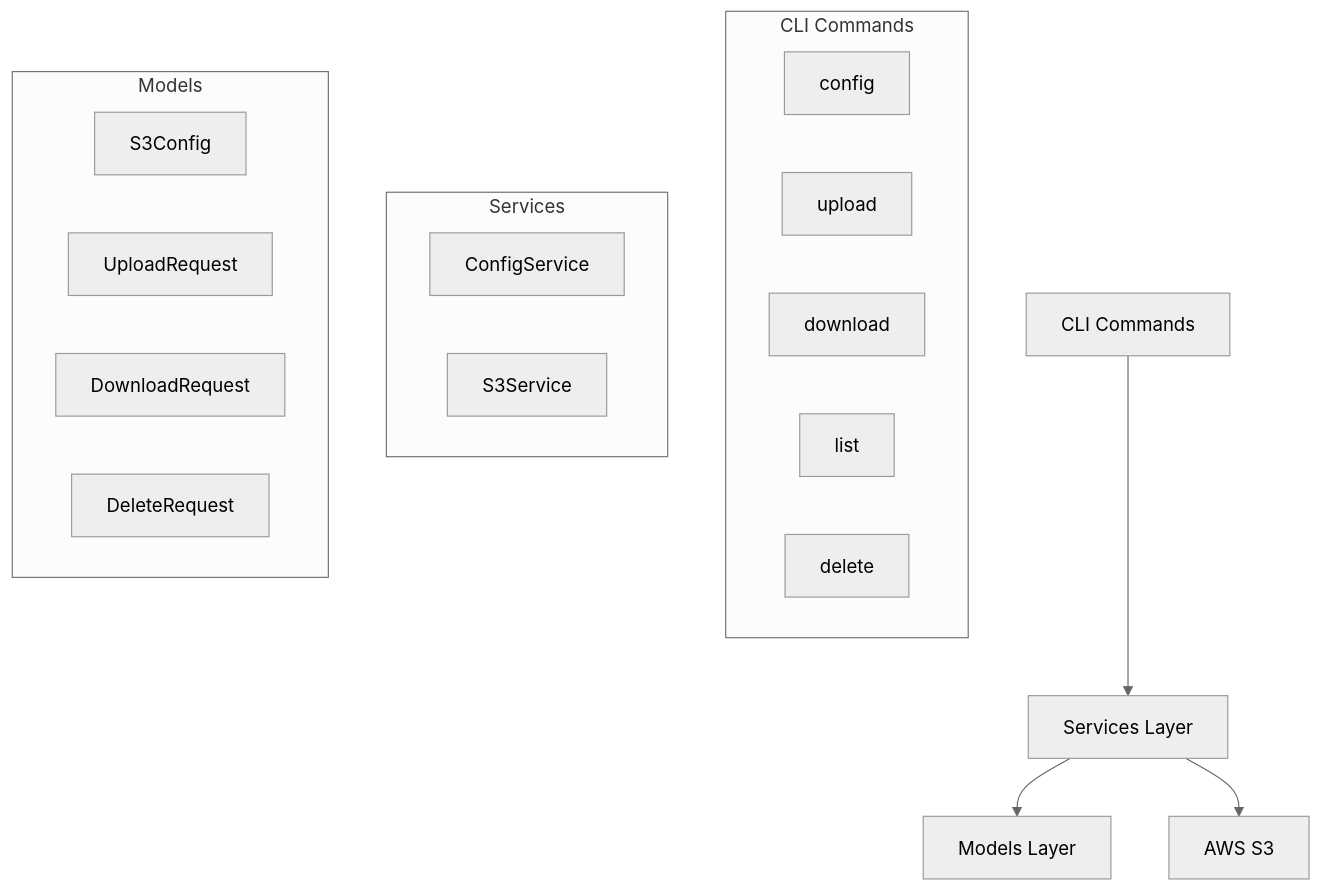
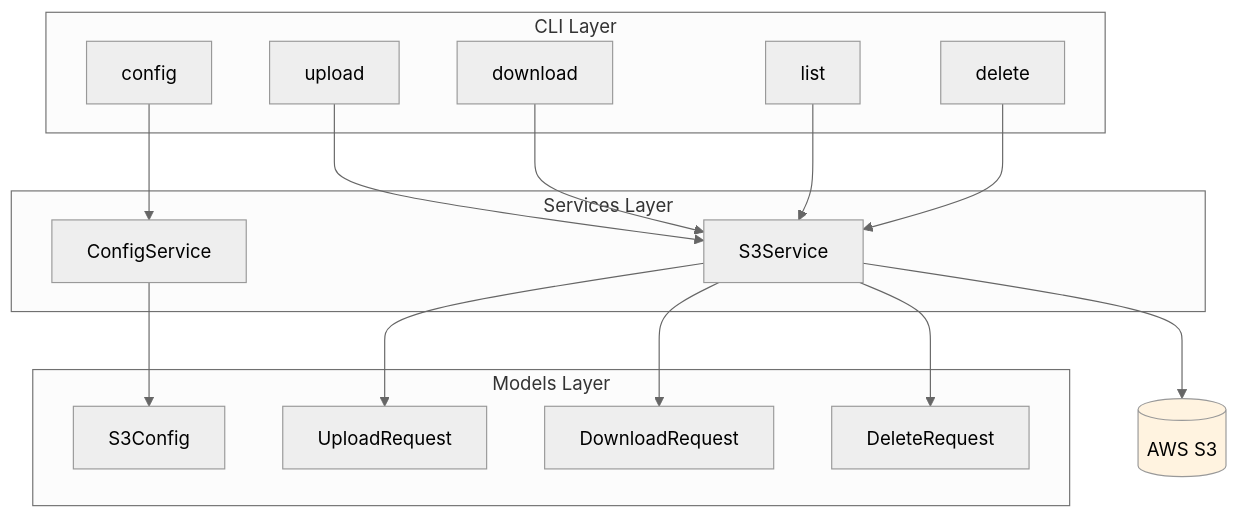
Before and after one commit to FATESAIKOU/CloudStorageSyncer: the second of 2 diagrams in README.md, drawn with Mermaid (neutral theme). The commit also changed other lines of this file, not shown here.

````diff
--- a/README.md
+++ b/README.md
@@ -105,26 +112,37 @@
 ```mermaid
-graph TD
-    A[CLI Commands] --> B[Services Layer]
-    B --> C[Models Layer]
-    B --> D[AWS S3]
-
-    subgraph "CLI Commands"
+flowchart TD
+    subgraph "CLI Layer"
         A1[config]
         A2[upload]
         A3[download]
         A4[list]
         A5[delete]
     end
 
-    subgraph "Services"
+    subgraph "Services Layer"
         B1[ConfigService]
         B2[S3Service]
     end
 
-    subgraph "Models"
+    subgraph "Models Layer"
         C1[S3Config]
         C2[UploadRequest]
         C3[DownloadRequest]
         C4[DeleteRequest]
     end
+
+    A1 --> B1
+    A2 --> B2
+    A3 --> B2
+    A4 --> B2
+    A5 --> B2
+
+    B1 --> C1
+    B2 --> C2
+    B2 --> C3
+    B2 --> C4
+
+    B2 --> D[(AWS S3)]
+
+    style D fill:#fff3e0
 ```
````
